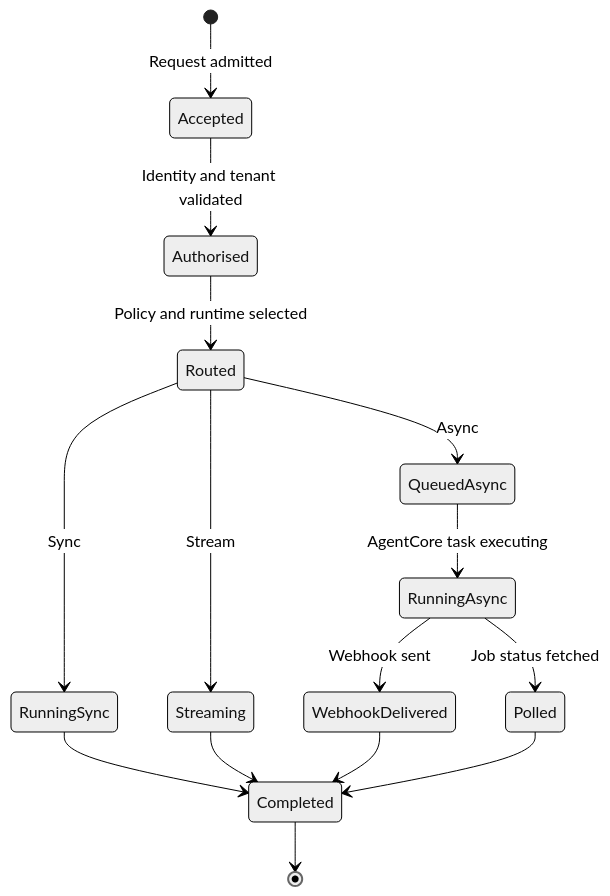
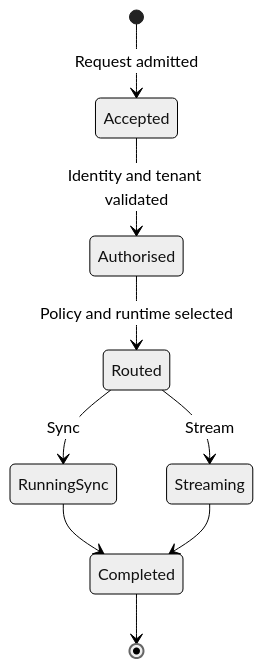
One commit to j3brns/a5c-cell changed the third of 4 diagrams in README.md. Above: the diagram before and after it, drawn with Mermaid (neutral theme). The commit also changed other lines of this file and 16 other files, not shown here.

````diff
--- a/README.md
+++ b/README.md
@@ -125,17 +125,11 @@
 ```mermaid
 stateDiagram-v2
     [*] --> Accepted: Request admitted
     Accepted --> Authorised: Identity and tenant validated
     Authorised --> Routed: Policy and runtime selected
     Routed --> RunningSync: Sync
     Routed --> Streaming: Stream
-    Routed --> QueuedAsync: Async
     RunningSync --> Completed
     Streaming --> Completed
-    QueuedAsync --> RunningAsync: AgentCore task executing
-    RunningAsync --> WebhookDelivered: Webhook sent
-    RunningAsync --> Polled: Job status fetched
-    WebhookDelivered --> Completed
-    Polled --> Completed
     Completed --> [*]
 ```
````
